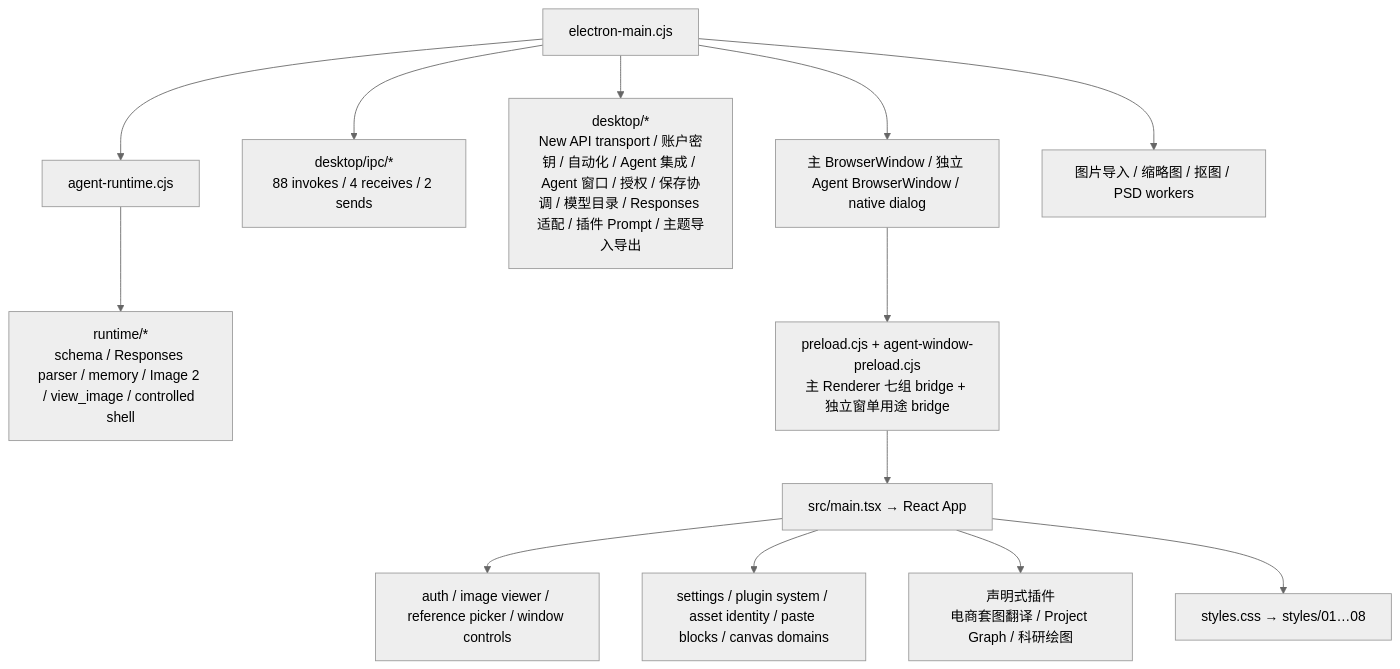
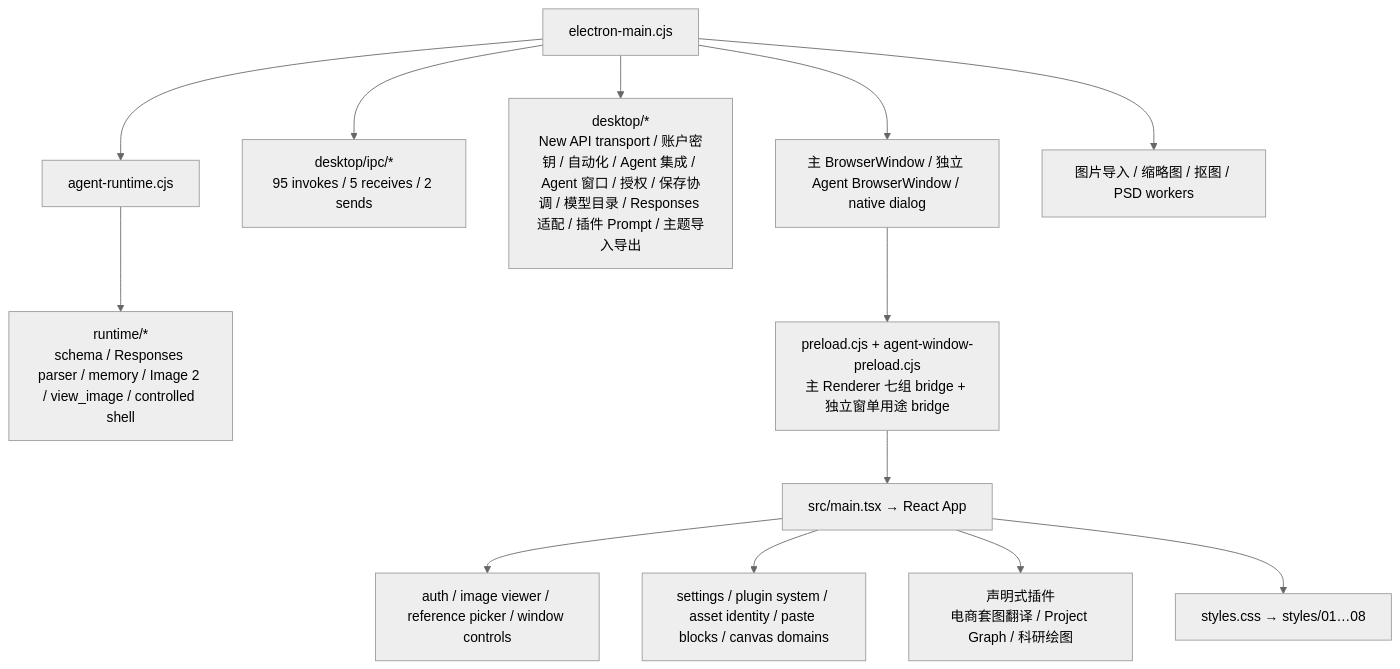
The second of 2 diagrams in WORKSPACE_CONTEXT_MAP.md (naMeaning/SparkAI-WorkSpace), drawn with Mermaid (neutral theme) before and after one commit. The commit also changed other lines of this file and 166 other files, not shown here.

````diff
--- a/WORKSPACE_CONTEXT_MAP.md
+++ b/WORKSPACE_CONTEXT_MAP.md
@@ -49,15 +49,15 @@
 ```mermaid
 flowchart TD
   Entry["electron-main.cjs"] --> Window["主 BrowserWindow / 独立 Agent BrowserWindow / native dialog"]
-  Entry --> Ipc["desktop/ipc/*\n88 invokes / 4 receives / 2 sends"]
+  Entry --> Ipc["desktop/ipc/*\n95 invokes / 5 receives / 2 sends"]
   Entry --> DesktopModules["desktop/*\nNew API transport / 账户密钥 / 自动化 / Agent 集成 / Agent 窗口 / 授权 / 保存协调 / 模型目录 / Responses 适配 / 插件 Prompt / 主题导入导出"]
   Entry --> Runtime["agent-runtime.cjs"]
   Runtime --> RuntimeModules["runtime/*\nschema / Responses parser / memory / Image 2 / view_image / controlled shell"]
   Entry --> Workers["图片导入 / 缩略图 / 抠图 / PSD workers"]
   Window --> Preload["preload.cjs + agent-window-preload.cjs\n主 Renderer 七组 bridge + 独立窗单用途 bridge"]
   Preload --> Renderer["src/main.tsx → React App"]
   Renderer --> SurfaceModules["auth / image viewer / reference picker / window controls"]
   Renderer --> DomainModules["settings / plugin system / asset identity / paste blocks / canvas domains"]
   Renderer --> PluginModules["声明式插件\n电商套图翻译 / Project Graph / 科研绘图"]
   Renderer --> Styles["styles.css → styles/01…08"]
 ```
````
